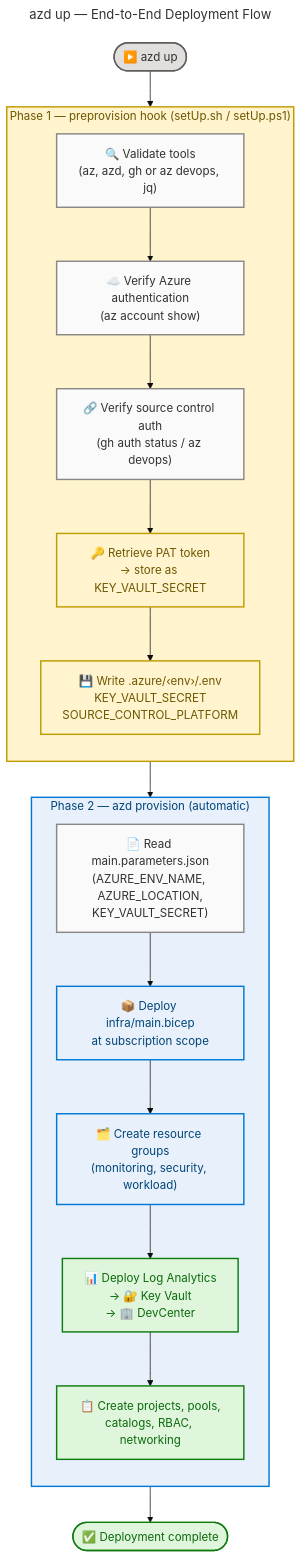
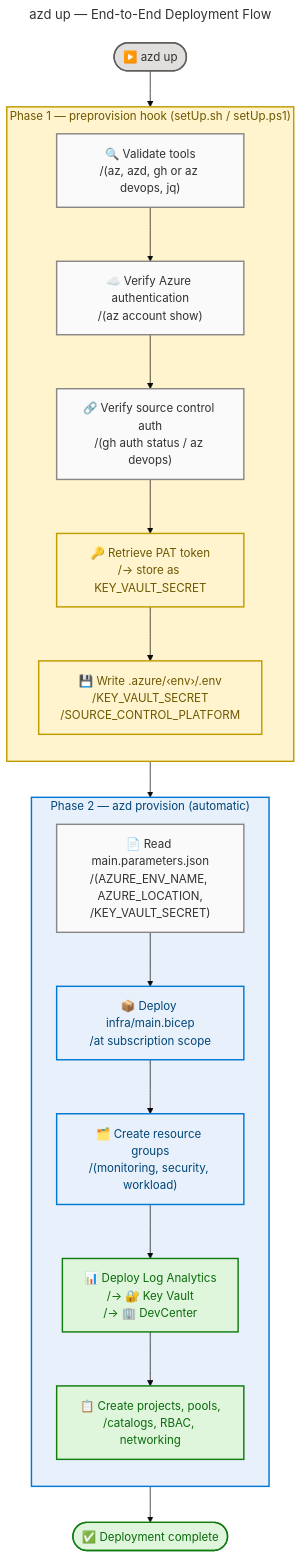
Before and after one commit to Evilazaro/DevExp-DevBox: the second of 2 diagrams in README.md, drawn with Mermaid.

Commit message:
docs: enhance README.md flowchart with line breaks for improved readability

````diff
--- a/README.md
+++ b/README.md
@@ -249,64 +249,64 @@
 ```mermaid
 ---
 title: "azd up — End-to-End Deployment Flow"
 config:
   theme: base
   look: classic
   layout: dagre
   themeVariables:
     fontSize: '16px'
   flowchart:
     htmlLabels: true
 ---
 flowchart TD
     accTitle: azd up deployment flow
     accDescr: Shows the two-phase deployment process — preprovision setup followed by Bicep infrastructure provisioning
 
     %% ═══════════════════════════════════════════════════════════════════════════
     %% AZURE / FLUENT ARCHITECTURE PATTERN v1.1
     %% (Semantic + Structural + Font + Accessibility Governance)
     %% ═══════════════════════════════════════════════════════════════════════════
     %% PHASE 1 - STRUCTURAL: Direction explicit, flat topology, nesting ≤ 3
     %% PHASE 2 - SEMANTIC: Colors justified, max 5 semantic classes, neutral-first
     %% PHASE 3 - FONT: Dark text on light backgrounds, contrast ≥ 4.5:1
     %% PHASE 4 - ACCESSIBILITY: accTitle/accDescr present, icons on all nodes
     %% PHASE 5 - STANDARD: Governance block present, classDefs centralized
     %% ═══════════════════════════════════════════════════════════════════════════
 
     start(["▶️ azd up"]):::core --> phase1
 
     subgraph phase1["Phase 1 — preprovision hook (setUp.sh / setUp.ps1)"]
         direction TB
-        step1["🔍 Validate tools\n(az, azd, gh or az devops, jq)"]:::neutral
-        step2["☁️ Verify Azure authentication\n(az account show)"]:::neutral
-        step3["🔗 Verify source control auth\n(gh auth status / az devops)"]:::neutral
-        step4["🔑 Retrieve PAT token\n→ store as KEY_VAULT_SECRET"]:::warning
-        step5["💾 Write .azure/‹env›/.env\nKEY_VAULT_SECRET\nSOURCE_CONTROL_PLATFORM"]:::warning
+        step1["🔍 Validate tools<br>/(az, azd, gh or az devops, jq)"]:::neutral
+        step2["☁️ Verify Azure authentication<br>/(az account show)"]:::neutral
+        step3["🔗 Verify source control auth<br>/(gh auth status / az devops)"]:::neutral
+        step4["🔑 Retrieve PAT token<br>/→ store as KEY_VAULT_SECRET"]:::warning
+        step5["💾 Write .azure/‹env›/.env<br>/KEY_VAULT_SECRET<br>/SOURCE_CONTROL_PLATFORM"]:::warning
 
         step1 --> step2 --> step3 --> step4 --> step5
     end
 
     phase1 --> phase2
 
     subgraph phase2["Phase 2 — azd provision (automatic)"]
         direction TB
-        prov1["📄 Read main.parameters.json\n(AZURE_ENV_NAME, AZURE_LOCATION,\nKEY_VAULT_SECRET)"]:::neutral
-        prov2["📦 Deploy infra/main.bicep\nat subscription scope"]:::data
-        prov3["🗂️ Create resource groups\n(monitoring, security, workload)"]:::data
-        prov4["📊 Deploy Log Analytics\n→ 🔐 Key Vault\n→ 🏢 DevCenter"]:::success
-        prov5["📋 Create projects, pools,\ncatalogs, RBAC, networking"]:::success
+        prov1["📄 Read main.parameters.json<br>/(AZURE_ENV_NAME, AZURE_LOCATION,<br>/KEY_VAULT_SECRET)"]:::neutral
+        prov2["📦 Deploy infra/main.bicep<br>/at subscription scope"]:::data
+        prov3["🗂️ Create resource groups<br>/(monitoring, security, workload)"]:::data
+        prov4["📊 Deploy Log Analytics<br>/→ 🔐 Key Vault<br>/→ 🏢 DevCenter"]:::success
+        prov5["📋 Create projects, pools,<br>/catalogs, RBAC, networking"]:::success
 
         prov1 --> prov2 --> prov3 --> prov4 --> prov5
     end
 
     prov5 --> done(["✅ Deployment complete"]):::success
 
     style phase1 fill:#FFF4CE,stroke:#C19C00,stroke-width:2px,color:#6D5700
     style phase2 fill:#E8F1FB,stroke:#0078D4,stroke-width:2px,color:#004578
 
     classDef core fill:#E1DFDD,stroke:#605E5C,stroke-width:2px,color:#323130
     classDef success fill:#DFF6DD,stroke:#107C10,stroke-width:2px,color:#0B6A0B
     classDef warning fill:#FFF4CE,stroke:#C19C00,stroke-width:2px,color:#6D5700
     classDef data fill:#E8F1FB,stroke:#0078D4,stroke-width:2px,color:#004578
     classDef neutral fill:#FAFAFA,stroke:#8A8886,stroke-width:2px,color:#323130
 ```
````
